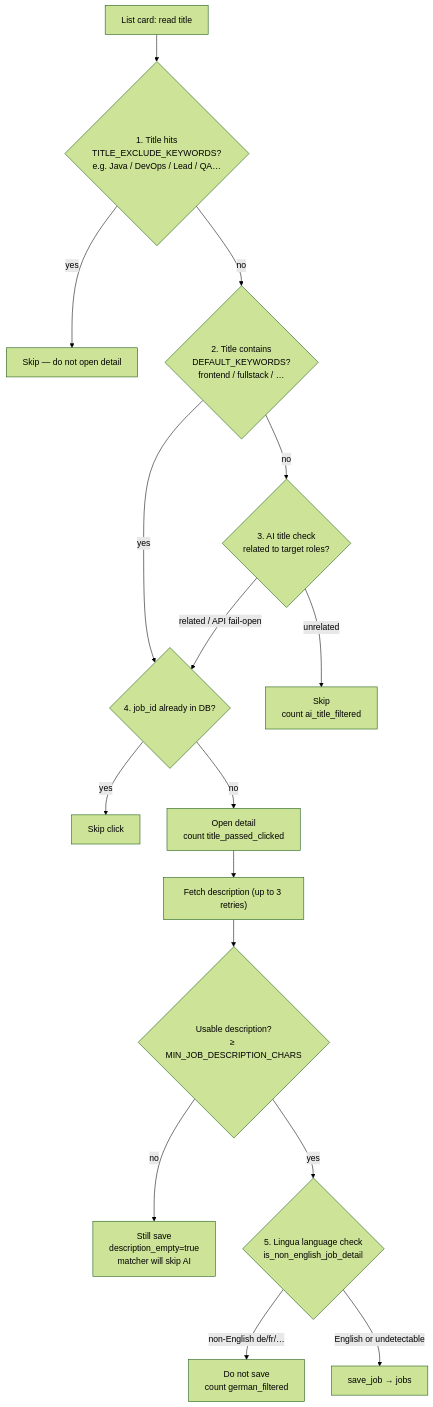
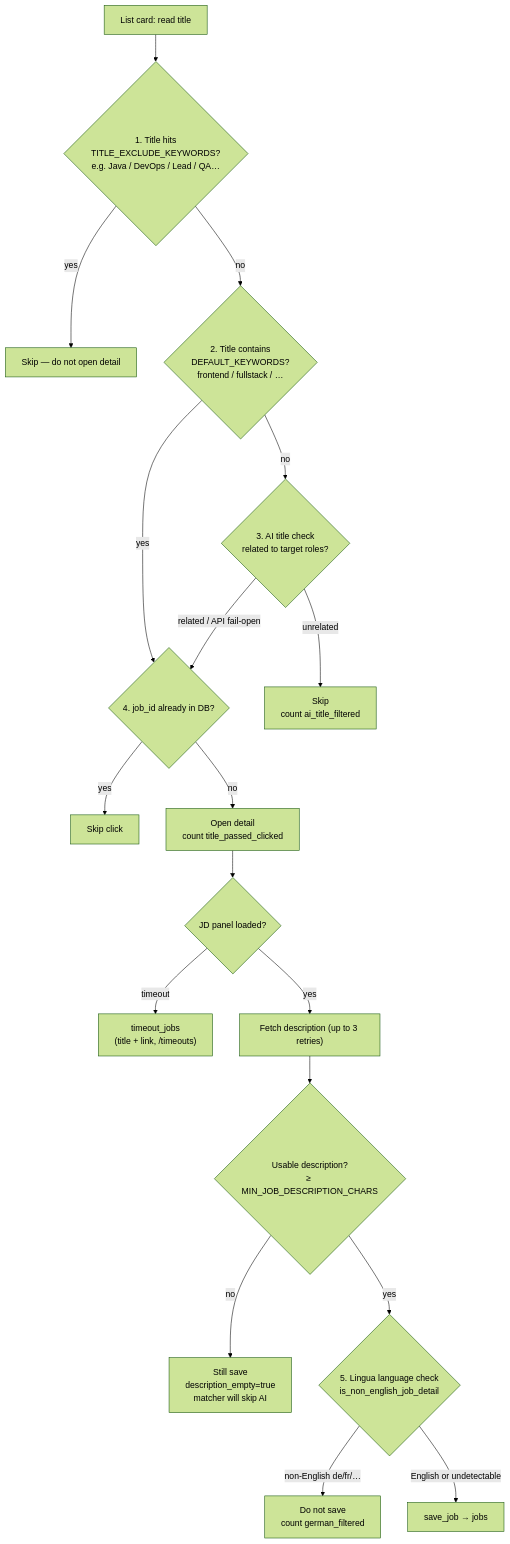
Before and after one commit to CarrieNong/job_scraper: the fourth of 5 diagrams in docs/architecture.md, drawn with Mermaid (forest theme). The commit also changed other lines of this file and 12 other files, not shown here.

````diff
--- a/docs/architecture.md
+++ b/docs/architecture.md
@@ -208,25 +210,27 @@
 ```mermaid
 flowchart TD
     Card["List card: read title"]
 
     Card --> Excl{"1. Title hits<br/>TITLE_EXCLUDE_KEYWORDS?<br/>e.g. Java / DevOps / Lead / QA…"}
     Excl -->|yes| Skip1["Skip — do not open detail"]
     Excl -->|no| KW{"2. Title contains<br/>DEFAULT_KEYWORDS?<br/>frontend / fullstack / …"}
 
     KW -->|yes| Dedup
     KW -->|no| AITitle{"3. AI title check<br/>related to target roles?"}
     AITitle -->|unrelated| Skip2["Skip<br/>count ai_title_filtered"]
     AITitle -->|related / API fail-open| Dedup
 
     Dedup{"4. job_id already in DB?"}
     Dedup -->|yes| Skip3["Skip click"]
     Dedup -->|no| Click["Open detail<br/>count title_passed_clicked"]
 
-    Click --> Fetch["Fetch description (up to 3 retries)"]
+    Click --> Detail{"JD panel loaded?"}
+    Detail -->|timeout| TO["timeout_jobs<br/>(title + link, /timeouts)"]
+    Detail -->|yes| Fetch["Fetch description (up to 3 retries)"]
     Fetch --> Empty{"Usable description?<br/>≥ MIN_JOB_DESCRIPTION_CHARS"}
     Empty -->|no| SaveEmpty["Still save<br/>description_empty=true<br/>matcher will skip AI"]
     Empty -->|yes| Lang{"5. Lingua language check<br/>is_non_english_job_detail"}
 
     Lang -->|non-English de/fr/…| SkipDE["Do not save<br/>count german_filtered"]
     Lang -->|English or undetectable| Save["save_job → jobs"]
 ```
````
